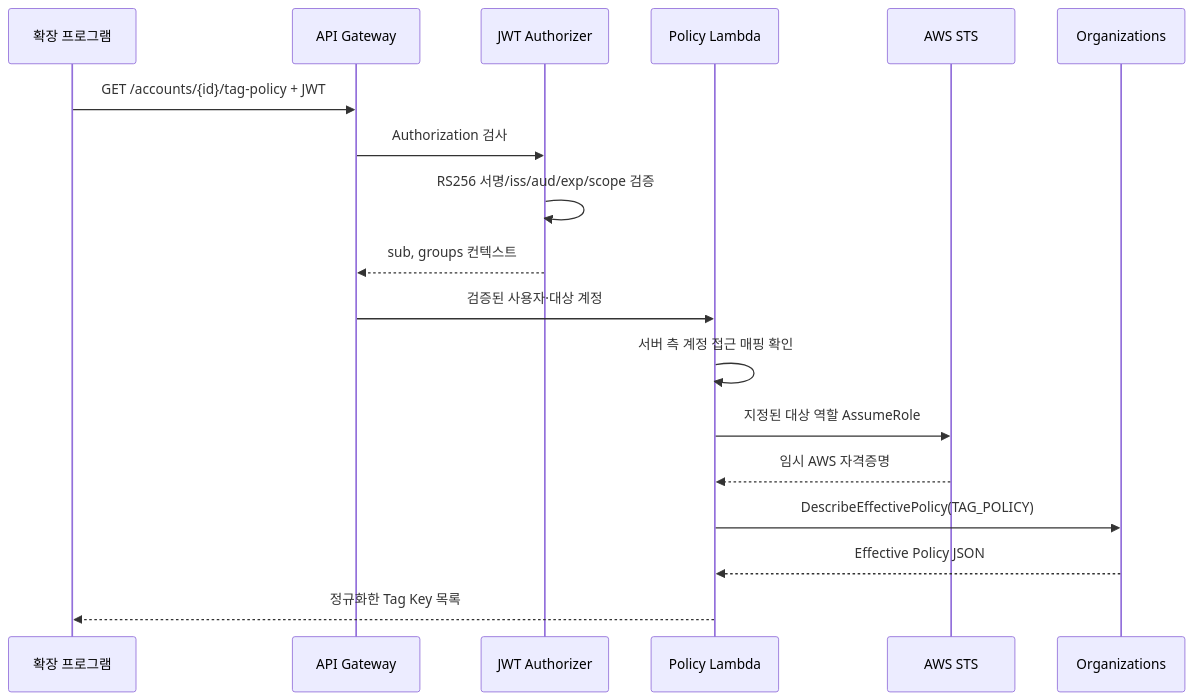
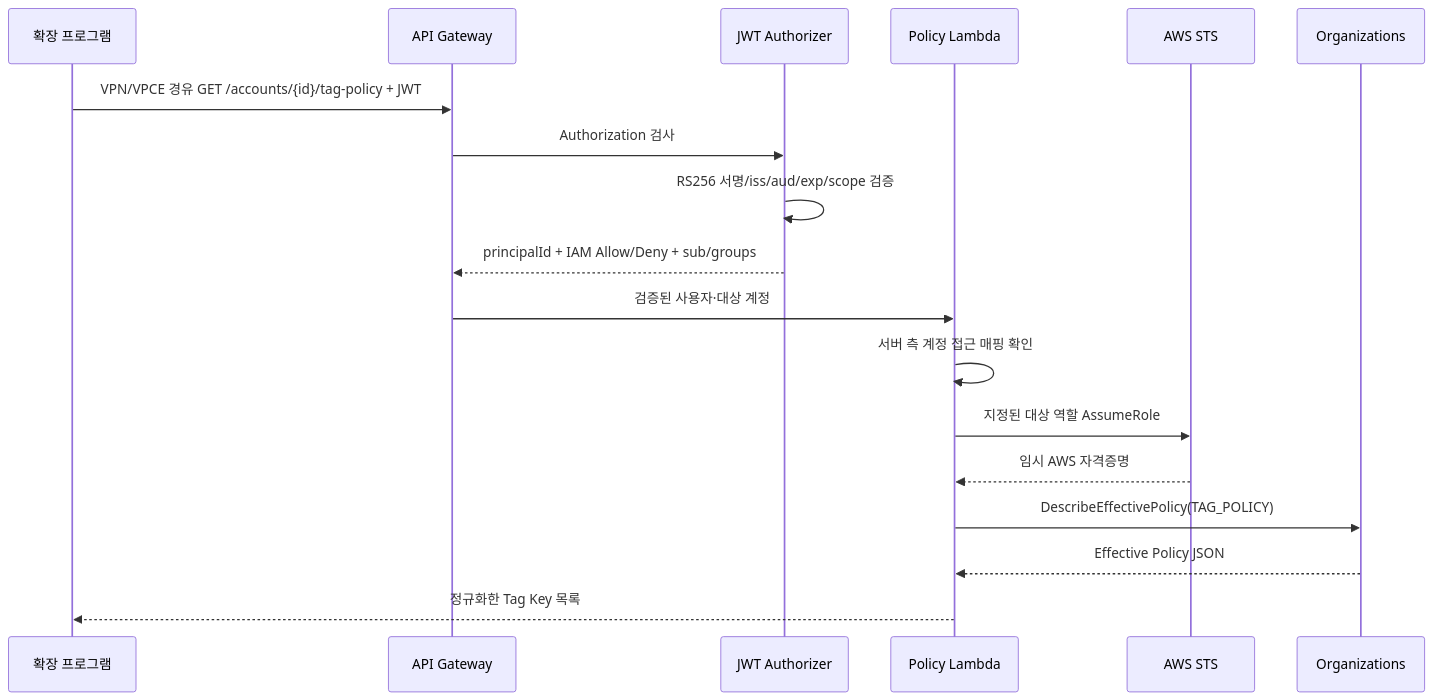
Before and after one commit to goldencat-sbyoon/aws-tag-extension: the third of 4 diagrams in docs/ARCHITECTURE.md, drawn with Mermaid. The commit also changed other lines of this file and 8 other files, not shown here.

Commit message:
feat: migrate policy API to private REST Gateway with VPCE controls

````diff
--- a/docs/ARCHITECTURE.md
+++ b/docs/ARCHITECTURE.md
@@ -48,20 +50,20 @@
 ```mermaid
 sequenceDiagram
   participant X as 확장 프로그램
   participant G as API Gateway
   participant A as JWT Authorizer
   participant L as Policy Lambda
   participant S as AWS STS
   participant O as Organizations
-  X->>G: GET /accounts/{id}/tag-policy + JWT
+  X->>G: VPN/VPCE 경유 GET /accounts/{id}/tag-policy + JWT
   G->>A: Authorization 검사
   A->>A: RS256 서명/iss/aud/exp/scope 검증
-  A-->>G: sub, groups 컨텍스트
+  A-->>G: principalId + IAM Allow/Deny + sub/groups
   G->>L: 검증된 사용자·대상 계정
   L->>L: 서버 측 계정 접근 매핑 확인
   L->>S: 지정된 대상 역할 AssumeRole
   S-->>L: 임시 AWS 자격증명
   L->>O: DescribeEffectivePolicy(TAG_POLICY)
   O-->>L: Effective Policy JSON
   L-->>X: 정규화한 Tag Key 목록
 ```
````
